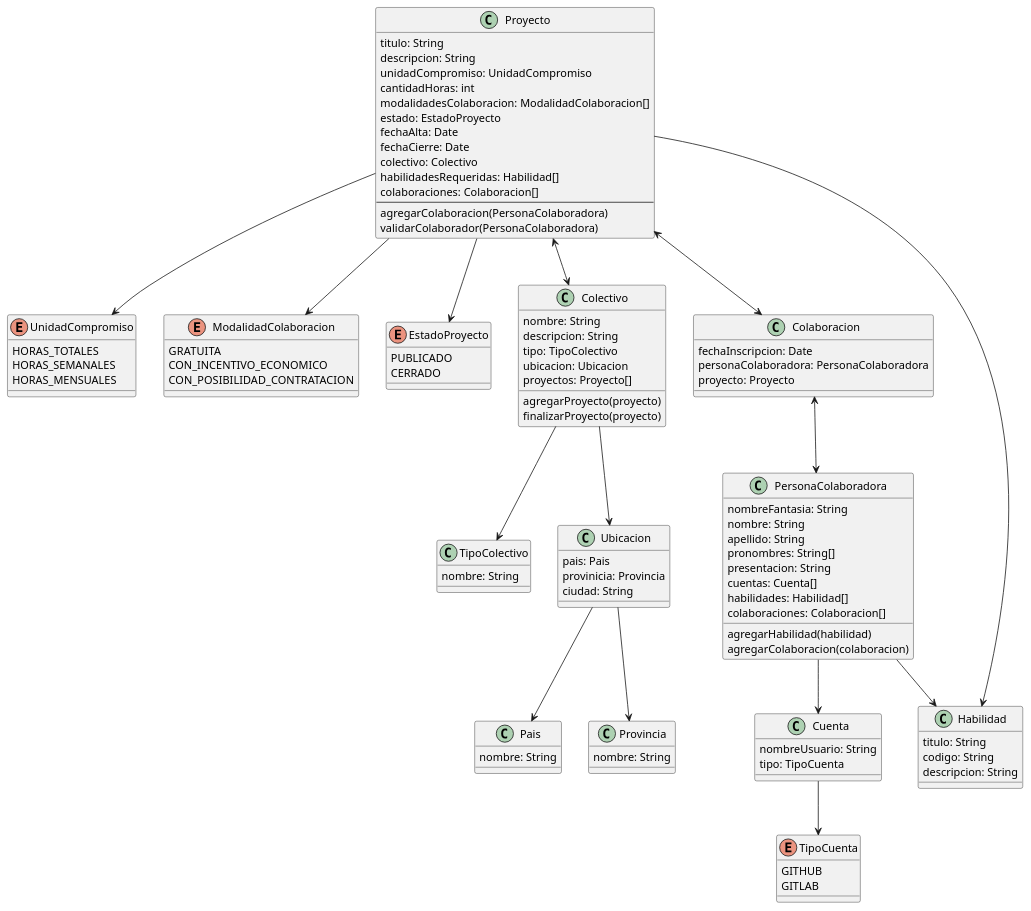
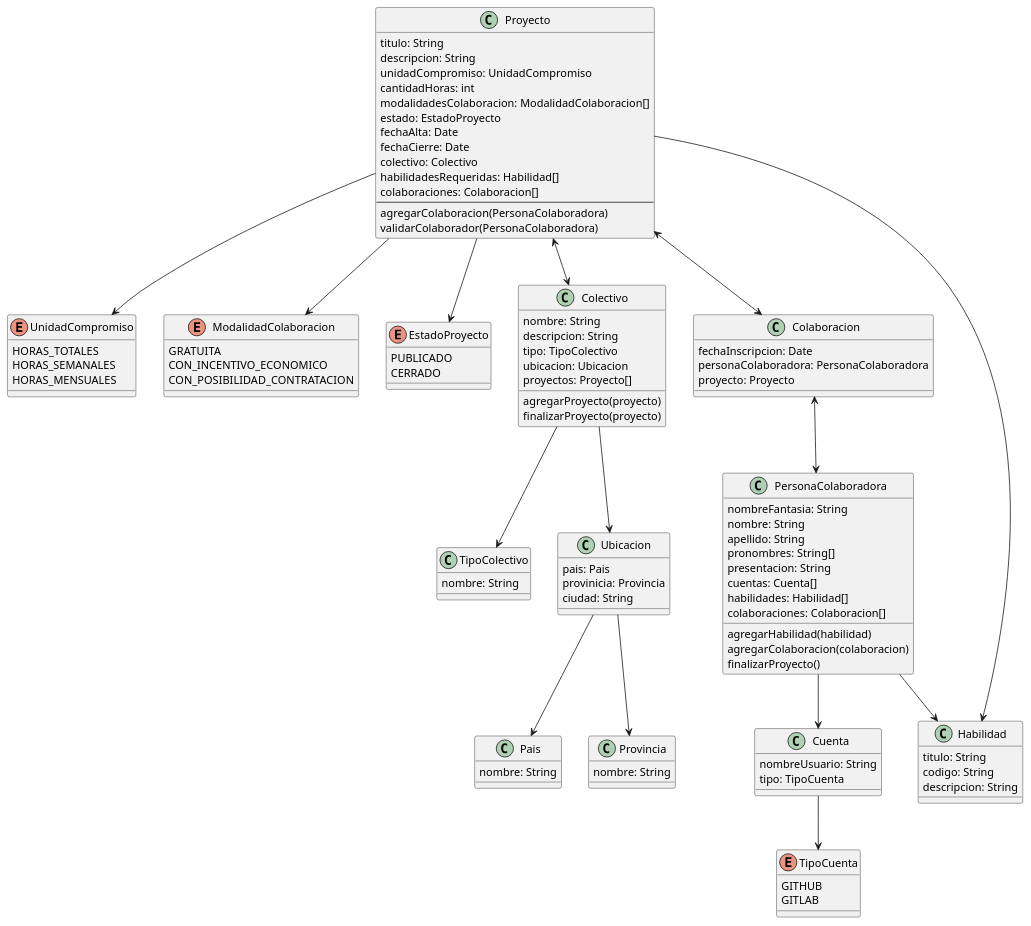
Before and after one commit to ejdavenheimer/2026-2c-lu-sa-grupo-9: the diagram in designs/diagrama-clases.puml, drawn with PlantUML.

Commit message:
feat: agrego funcionalidad finalziarProyecto en diagrama de clases

```diff
--- a/designs/diagrama-clases.puml
+++ b/designs/diagrama-clases.puml
@@ -1,121 +1,122 @@
 @startuml diagrama-clases
 
 enum UnidadCompromiso {
     HORAS_TOTALES
     HORAS_SEMANALES
     HORAS_MENSUALES
 }
 
 enum ModalidadColaboracion {
     GRATUITA
     CON_INCENTIVO_ECONOMICO
     CON_POSIBILIDAD_CONTRATACION
 }
 
 enum TipoCuenta {
     GITHUB
     GITLAB
 }
 
 enum EstadoProyecto {
     PUBLICADO
     CERRADO
 }
 
 class Colectivo {
     nombre: String
     descripcion: String
     tipo: TipoColectivo
     ubicacion: Ubicacion
     proyectos: Proyecto[]
     agregarProyecto(proyecto)
     finalizarProyecto(proyecto)
 }
 class TipoColectivo {
     nombre: String
 }
 
 class Ubicacion {
     pais: Pais
     provinicia: Provincia
     ciudad: String
 }
 
 class Pais {
     nombre: String
 }
 
 class Provincia {
     nombre: String
 }
 
 class Proyecto {
     titulo: String
     descripcion: String
     unidadCompromiso: UnidadCompromiso
     cantidadHoras: int
     modalidadesColaboracion: ModalidadColaboracion[]
     estado: EstadoProyecto
     fechaAlta: Date
     fechaCierre: Date
     colectivo: Colectivo
     habilidadesRequeridas: Habilidad[]
     colaboraciones: Colaboracion[]
     --
     agregarColaboracion(PersonaColaboradora) 
 '   se instancia la colaboracion y se pasa por parametro la persona colaboradora
     validarColaborador(PersonaColaboradora)
 }
 
 class Colaboracion {
     fechaInscripcion: Date
     personaColaboradora: PersonaColaboradora
     proyecto: Proyecto
 }
 
 class PersonaColaboradora {
     nombreFantasia: String
     nombre: String
     apellido: String
     pronombres: String[]
     presentacion: String
     cuentas: Cuenta[]
     habilidades: Habilidad[]
     colaboraciones: Colaboracion[]
     agregarHabilidad(habilidad)
     agregarColaboracion(colaboracion)
+    finalizarProyecto()
 }
 
 class Habilidad {
     titulo: String
     codigo: String
     descripcion: String
 }
 
 class Cuenta {
     nombreUsuario: String
     tipo: TipoCuenta
 }
 
 Colectivo --> TipoColectivo
 Colectivo --> Ubicacion
 
 Ubicacion --> Pais
 Ubicacion -->Provincia
 
 Proyecto <--> Colectivo
 Proyecto <--> Colaboracion
 Proyecto --> Habilidad
 Proyecto --> EstadoProyecto
 Proyecto --> ModalidadColaboracion
 Proyecto --> UnidadCompromiso
 
 Colaboracion <--> PersonaColaboradora
 
 PersonaColaboradora --> Habilidad
 PersonaColaboradora --> Cuenta
 
 Cuenta --> TipoCuenta
 
 
 @enduml
```
